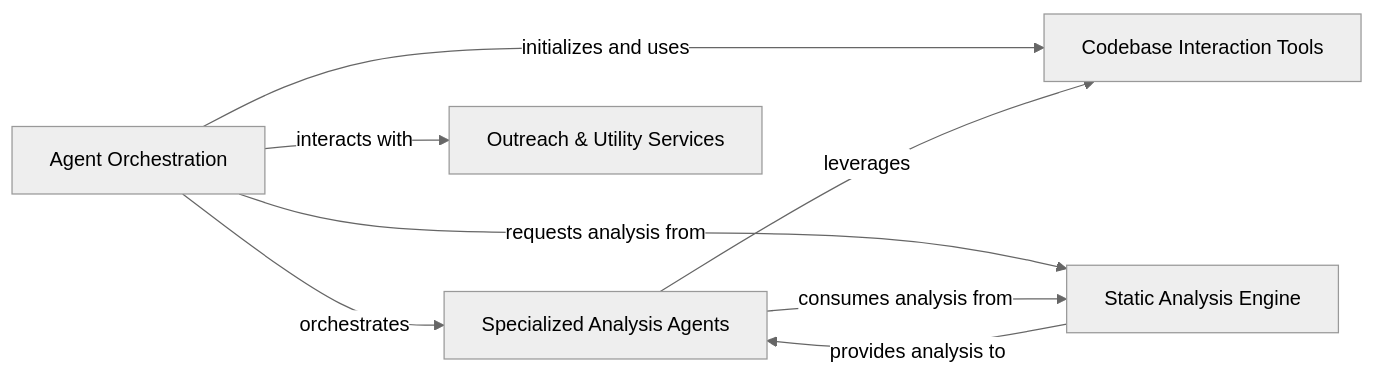
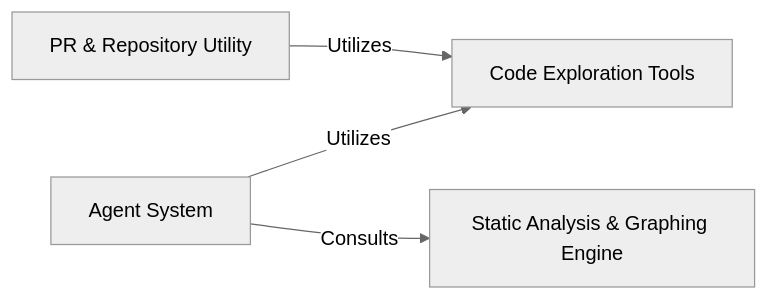
Before and after one commit to mariyam866/CodeBoarding: the diagram in .codeboarding/on_boarding.md, drawn with Mermaid (neutral theme). The commit also changed other lines of this file and 4 other files, not shown here.

````diff
--- a/.codeboarding/on_boarding.md
+++ b/.codeboarding/on_boarding.md
@@ -1,20 +1,14 @@
 ```mermaid
 graph LR
-    Agent_Orchestration["Agent Orchestration"]
-    Specialized_Analysis_Agents["Specialized Analysis Agents"]
-    Codebase_Interaction_Tools["Codebase Interaction Tools"]
-    Static_Analysis_Engine["Static Analysis Engine"]
-    Outreach_Utility_Services["Outreach & Utility Services"]
-    Agent_Orchestration -- "orchestrates" --> Specialized_Analysis_Agents
-    Agent_Orchestration -- "initializes and uses" --> Codebase_Interaction_Tools
-    Agent_Orchestration -- "requests analysis from" --> Static_Analysis_Engine
-    Specialized_Analysis_Agents -- "leverages" --> Codebase_Interaction_Tools
-    Specialized_Analysis_Agents -- "consumes analysis from" --> Static_Analysis_Engine
-    Static_Analysis_Engine -- "provides analysis to" --> Specialized_Analysis_Agents
-    Agent_Orchestration -- "interacts with" --> Outreach_Utility_Services
-    click Agent_Orchestration href "https://github.com/CodeBoarding/GeneratedOnBoardings/blob/main/CodeBoarding/Agent Orchestration.md" "Details"
-    click Specialized_Analysis_Agents href "https://github.com/CodeBoarding/GeneratedOnBoardings/blob/main/CodeBoarding/Specialized Analysis Agents.md" "Details"
-    click Codebase_Interaction_Tools href "https://github.com/CodeBoarding/GeneratedOnBoardings/blob/main/CodeBoarding/Codebase Interaction Tools.md" "Details"
-    click Static_Analysis_Engine href "https://github.com/CodeBoarding/GeneratedOnBoardings/blob/main/CodeBoarding/Static Analysis Engine.md" "Details"
-    click Outreach_Utility_Services href "https://github.com/CodeBoarding/GeneratedOnBoardings/blob/main/CodeBoarding/Outreach & Utility Services.md" "Details"
+    Agent_System["Agent System"]
+    Code_Exploration_Tools["Code Exploration Tools"]
+    Static_Analysis_Graphing_Engine["Static Analysis & Graphing Engine"]
+    PR_Repository_Utility["PR & Repository Utility"]
+    Agent_System -- "Utilizes" --> Code_Exploration_Tools
+    Agent_System -- "Consults" --> Static_Analysis_Graphing_Engine
+    PR_Repository_Utility -- "Utilizes" --> Code_Exploration_Tools
+    click Agent_System href "https://github.com/CodeBoarding/CodeBoarding/blob/main/.codeboarding//CodeBoarding/Agent System.md" "Details"
+    click Code_Exploration_Tools href "https://github.com/CodeBoarding/CodeBoarding/blob/main/.codeboarding//CodeBoarding/Code Exploration Tools.md" "Details"
+    click Static_Analysis_Graphing_Engine href "https://github.com/CodeBoarding/CodeBoarding/blob/main/.codeboarding//CodeBoarding/Static Analysis & Graphing Engine.md" "Details"
+    click PR_Repository_Utility href "https://github.com/CodeBoarding/CodeBoarding/blob/main/.codeboarding//CodeBoarding/PR & Repository Utility.md" "Details"
 ```
````
